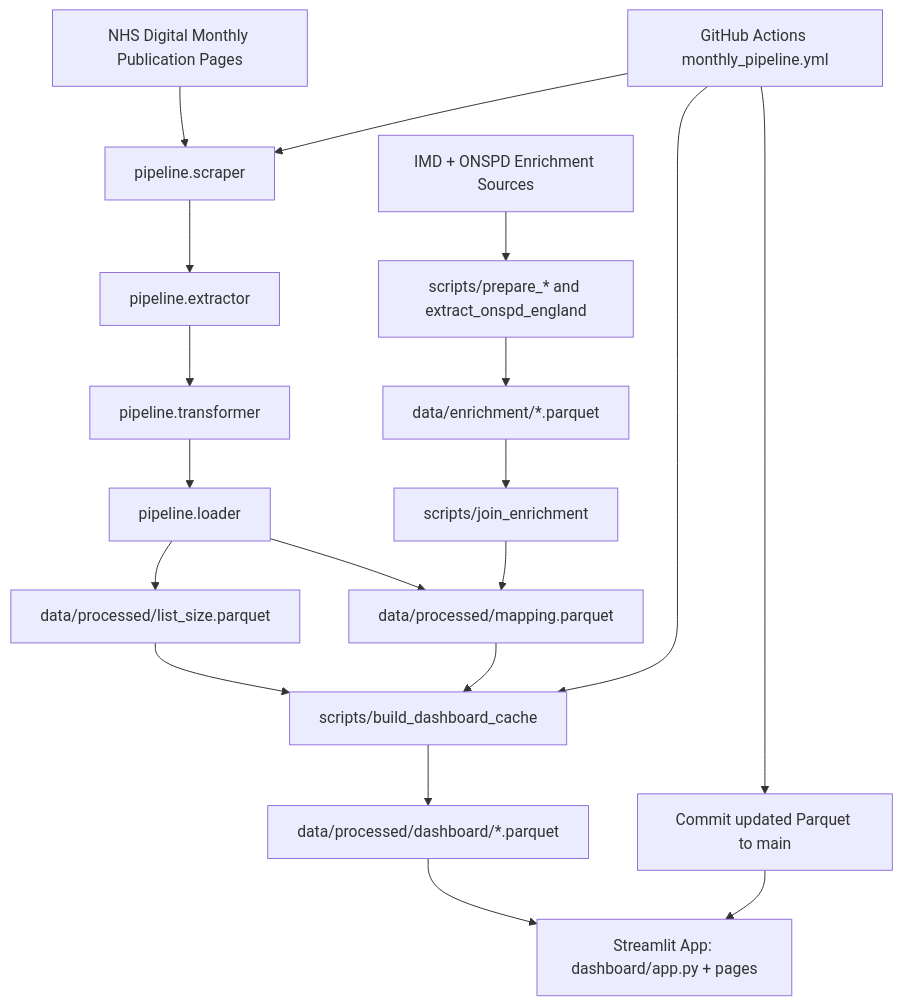
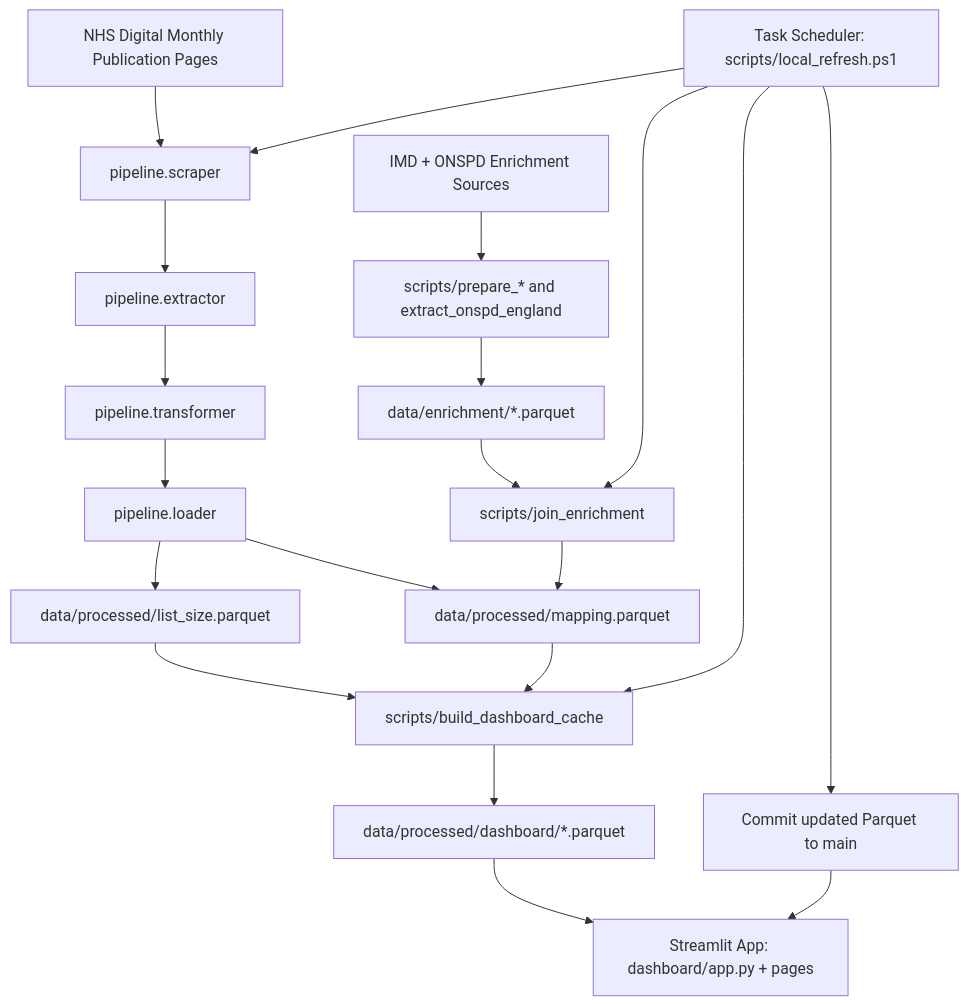
Before and after one commit to jad-22/nhs-gp-analytics: the diagram in README.md, drawn with Mermaid. The commit also changed other lines of this file and 5 other files, not shown here.

````diff
--- a/README.md
+++ b/README.md
@@ -27,24 +27,25 @@
 ```mermaid
 flowchart TD
 	A[NHS Digital Monthly Publication Pages] --> B[pipeline.scraper]
 	B --> C[pipeline.extractor]
 	C --> D[pipeline.transformer]
 	D --> E[pipeline.loader]
 	E --> F[data/processed/list_size.parquet]
 	E --> G[data/processed/mapping.parquet]
 
 	H[IMD + ONSPD Enrichment Sources] --> I[scripts/prepare_* and extract_onspd_england]
 	I --> J[data/enrichment/*.parquet]
 	J --> K[scripts/join_enrichment]
 	K --> G
 
 	F --> L[scripts/build_dashboard_cache]
 	G --> L
 	L --> M[data/processed/dashboard/*.parquet]
 
 	M --> N[Streamlit App: dashboard/app.py + pages]
-	O[GitHub Actions monthly_pipeline.yml] --> B
+	O[Task Scheduler: scripts/local_refresh.ps1] --> B
+	O --> K
 	O --> L
 	O --> P[Commit updated Parquet to main]
 	P --> N
 ```
````
